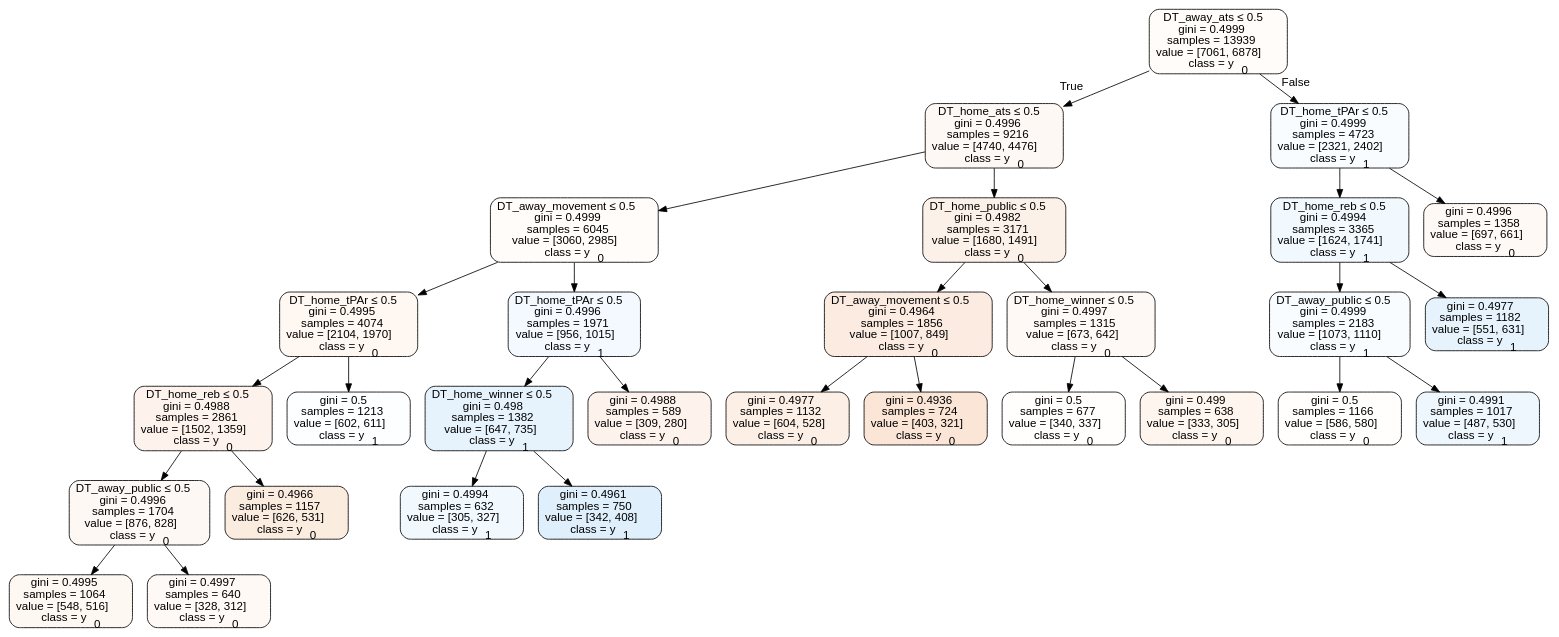
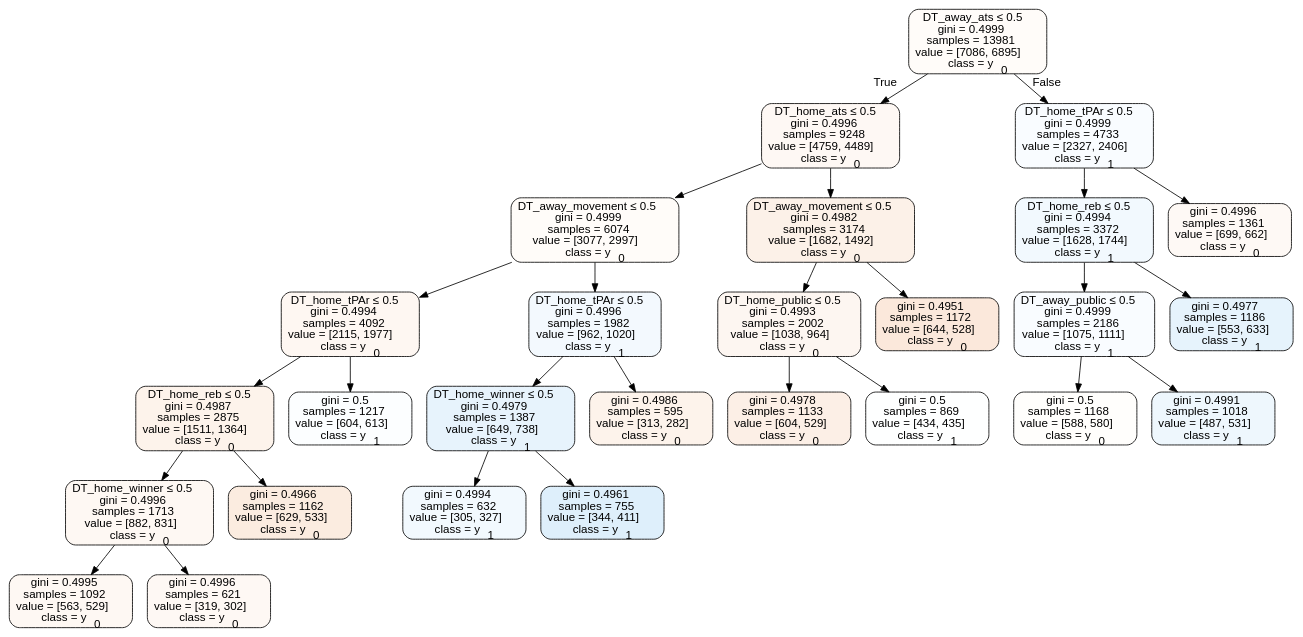
The diagram in tree_data/tree2015home.dot (usbogie/ncaa-bets), drawn with Graphviz before and after one commit. The commit also changed 20 other files, not shown here.

```diff
--- a/tree_data/tree2015home.dot
+++ b/tree_data/tree2015home.dot
@@ -1,61 +1,57 @@
 digraph Tree {
 node [shape=box, style="filled, rounded", color="black", fontname=helvetica] ;
 edge [fontname=helvetica] ;
-0 [label=<DT_away_ats &le; 0.5<br/>gini = 0.4999<br/>samples = 13939<br/>value = [7061, 6878]<br/>class = y<SUB>0</SUB>>, fillcolor="#e5813907"] ;
-1 [label=<DT_home_ats &le; 0.5<br/>gini = 0.4996<br/>samples = 9216<br/>value = [4740, 4476]<br/>class = y<SUB>0</SUB>>, fillcolor="#e581390e"] ;
+0 [label=<DT_away_ats &le; 0.5<br/>gini = 0.4999<br/>samples = 13981<br/>value = [7086, 6895]<br/>class = y<SUB>0</SUB>>, fillcolor="#e5813907"] ;
+1 [label=<DT_home_ats &le; 0.5<br/>gini = 0.4996<br/>samples = 9248<br/>value = [4759, 4489]<br/>class = y<SUB>0</SUB>>, fillcolor="#e581390e"] ;
 0 -> 1 [labeldistance=2.5, labelangle=45, headlabel="True"] ;
-2 [label=<DT_away_movement &le; 0.5<br/>gini = 0.4999<br/>samples = 6045<br/>value = [3060, 2985]<br/>class = y<SUB>0</SUB>>, fillcolor="#e5813906"] ;
+2 [label=<DT_away_movement &le; 0.5<br/>gini = 0.4999<br/>samples = 6074<br/>value = [3077, 2997]<br/>class = y<SUB>0</SUB>>, fillcolor="#e5813907"] ;
 1 -> 2 ;
-3 [label=<DT_home_tPAr &le; 0.5<br/>gini = 0.4995<br/>samples = 4074<br/>value = [2104, 1970]<br/>class = y<SUB>0</SUB>>, fillcolor="#e5813910"] ;
+3 [label=<DT_home_tPAr &le; 0.5<br/>gini = 0.4994<br/>samples = 4092<br/>value = [2115, 1977]<br/>class = y<SUB>0</SUB>>, fillcolor="#e5813911"] ;
 2 -> 3 ;
-4 [label=<DT_home_reb &le; 0.5<br/>gini = 0.4988<br/>samples = 2861<br/>value = [1502, 1359]<br/>class = y<SUB>0</SUB>>, fillcolor="#e5813918"] ;
+4 [label=<DT_home_reb &le; 0.5<br/>gini = 0.4987<br/>samples = 2875<br/>value = [1511, 1364]<br/>class = y<SUB>0</SUB>>, fillcolor="#e5813919"] ;
 3 -> 4 ;
-5 [label=<DT_away_public &le; 0.5<br/>gini = 0.4996<br/>samples = 1704<br/>value = [876, 828]<br/>class = y<SUB>0</SUB>>, fillcolor="#e581390e"] ;
+5 [label=<DT_home_winner &le; 0.5<br/>gini = 0.4996<br/>samples = 1713<br/>value = [882, 831]<br/>class = y<SUB>0</SUB>>, fillcolor="#e581390f"] ;
 4 -> 5 ;
-6 [label=<gini = 0.4995<br/>samples = 1064<br/>value = [548, 516]<br/>class = y<SUB>0</SUB>>, fillcolor="#e581390f"] ;
+6 [label=<gini = 0.4995<br/>samples = 1092<br/>value = [563, 529]<br/>class = y<SUB>0</SUB>>, fillcolor="#e581390f"] ;
 5 -> 6 ;
-7 [label=<gini = 0.4997<br/>samples = 640<br/>value = [328, 312]<br/>class = y<SUB>0</SUB>>, fillcolor="#e581390c"] ;
+7 [label=<gini = 0.4996<br/>samples = 621<br/>value = [319, 302]<br/>class = y<SUB>0</SUB>>, fillcolor="#e581390e"] ;
 5 -> 7 ;
-8 [label=<gini = 0.4966<br/>samples = 1157<br/>value = [626, 531]<br/>class = y<SUB>0</SUB>>, fillcolor="#e5813927"] ;
+8 [label=<gini = 0.4966<br/>samples = 1162<br/>value = [629, 533]<br/>class = y<SUB>0</SUB>>, fillcolor="#e5813927"] ;
 4 -> 8 ;
-9 [label=<gini = 0.5<br/>samples = 1213<br/>value = [602, 611]<br/>class = y<SUB>1</SUB>>, fillcolor="#399de504"] ;
+9 [label=<gini = 0.5<br/>samples = 1217<br/>value = [604, 613]<br/>class = y<SUB>1</SUB>>, fillcolor="#399de504"] ;
 3 -> 9 ;
-10 [label=<DT_home_tPAr &le; 0.5<br/>gini = 0.4996<br/>samples = 1971<br/>value = [956, 1015]<br/>class = y<SUB>1</SUB>>, fillcolor="#399de50f"] ;
+10 [label=<DT_home_tPAr &le; 0.5<br/>gini = 0.4996<br/>samples = 1982<br/>value = [962, 1020]<br/>class = y<SUB>1</SUB>>, fillcolor="#399de50f"] ;
 2 -> 10 ;
-11 [label=<DT_home_winner &le; 0.5<br/>gini = 0.498<br/>samples = 1382<br/>value = [647, 735]<br/>class = y<SUB>1</SUB>>, fillcolor="#399de51f"] ;
+11 [label=<DT_home_winner &le; 0.5<br/>gini = 0.4979<br/>samples = 1387<br/>value = [649, 738]<br/>class = y<SUB>1</SUB>>, fillcolor="#399de51f"] ;
 10 -> 11 ;
 12 [label=<gini = 0.4994<br/>samples = 632<br/>value = [305, 327]<br/>class = y<SUB>1</SUB>>, fillcolor="#399de511"] ;
 11 -> 12 ;
-13 [label=<gini = 0.4961<br/>samples = 750<br/>value = [342, 408]<br/>class = y<SUB>1</SUB>>, fillcolor="#399de529"] ;
+13 [label=<gini = 0.4961<br/>samples = 755<br/>value = [344, 411]<br/>class = y<SUB>1</SUB>>, fillcolor="#399de52a"] ;
 11 -> 13 ;
-14 [label=<gini = 0.4988<br/>samples = 589<br/>value = [309, 280]<br/>class = y<SUB>0</SUB>>, fillcolor="#e5813918"] ;
+14 [label=<gini = 0.4986<br/>samples = 595<br/>value = [313, 282]<br/>class = y<SUB>0</SUB>>, fillcolor="#e5813919"] ;
 10 -> 14 ;
-15 [label=<DT_home_public &le; 0.5<br/>gini = 0.4982<br/>samples = 3171<br/>value = [1680, 1491]<br/>class = y<SUB>0</SUB>>, fillcolor="#e581391d"] ;
+15 [label=<DT_away_movement &le; 0.5<br/>gini = 0.4982<br/>samples = 3174<br/>value = [1682, 1492]<br/>class = y<SUB>0</SUB>>, fillcolor="#e581391d"] ;
 1 -> 15 ;
-16 [label=<DT_away_movement &le; 0.5<br/>gini = 0.4964<br/>samples = 1856<br/>value = [1007, 849]<br/>class = y<SUB>0</SUB>>, fillcolor="#e5813928"] ;
+16 [label=<DT_home_public &le; 0.5<br/>gini = 0.4993<br/>samples = 2002<br/>value = [1038, 964]<br/>class = y<SUB>0</SUB>>, fillcolor="#e5813912"] ;
 15 -> 16 ;
-17 [label=<gini = 0.4977<br/>samples = 1132<br/>value = [604, 528]<br/>class = y<SUB>0</SUB>>, fillcolor="#e5813920"] ;
+17 [label=<gini = 0.4978<br/>samples = 1133<br/>value = [604, 529]<br/>class = y<SUB>0</SUB>>, fillcolor="#e5813920"] ;
 16 -> 17 ;
-18 [label=<gini = 0.4936<br/>samples = 724<br/>value = [403, 321]<br/>class = y<SUB>0</SUB>>, fillcolor="#e5813934"] ;
+18 [label=<gini = 0.5<br/>samples = 869<br/>value = [434, 435]<br/>class = y<SUB>1</SUB>>, fillcolor="#399de501"] ;
 16 -> 18 ;
-19 [label=<DT_home_winner &le; 0.5<br/>gini = 0.4997<br/>samples = 1315<br/>value = [673, 642]<br/>class = y<SUB>0</SUB>>, fillcolor="#e581390c"] ;
+19 [label=<gini = 0.4951<br/>samples = 1172<br/>value = [644, 528]<br/>class = y<SUB>0</SUB>>, fillcolor="#e581392e"] ;
 15 -> 19 ;
-20 [label=<gini = 0.5<br/>samples = 677<br/>value = [340, 337]<br/>class = y<SUB>0</SUB>>, fillcolor="#e5813902"] ;
-19 -> 20 ;
-21 [label=<gini = 0.499<br/>samples = 638<br/>value = [333, 305]<br/>class = y<SUB>0</SUB>>, fillcolor="#e5813915"] ;
-19 -> 21 ;
-22 [label=<DT_home_tPAr &le; 0.5<br/>gini = 0.4999<br/>samples = 4723<br/>value = [2321, 2402]<br/>class = y<SUB>1</SUB>>, fillcolor="#399de509"] ;
-0 -> 22 [labeldistance=2.5, labelangle=-45, headlabel="False"] ;
-23 [label=<DT_home_reb &le; 0.5<br/>gini = 0.4994<br/>samples = 3365<br/>value = [1624, 1741]<br/>class = y<SUB>1</SUB>>, fillcolor="#399de511"] ;
+20 [label=<DT_home_tPAr &le; 0.5<br/>gini = 0.4999<br/>samples = 4733<br/>value = [2327, 2406]<br/>class = y<SUB>1</SUB>>, fillcolor="#399de508"] ;
+0 -> 20 [labeldistance=2.5, labelangle=-45, headlabel="False"] ;
+21 [label=<DT_home_reb &le; 0.5<br/>gini = 0.4994<br/>samples = 3372<br/>value = [1628, 1744]<br/>class = y<SUB>1</SUB>>, fillcolor="#399de511"] ;
+20 -> 21 ;
+22 [label=<DT_away_public &le; 0.5<br/>gini = 0.4999<br/>samples = 2186<br/>value = [1075, 1111]<br/>class = y<SUB>1</SUB>>, fillcolor="#399de508"] ;
+21 -> 22 ;
+23 [label=<gini = 0.5<br/>samples = 1168<br/>value = [588, 580]<br/>class = y<SUB>0</SUB>>, fillcolor="#e5813903"] ;
 22 -> 23 ;
-24 [label=<DT_away_public &le; 0.5<br/>gini = 0.4999<br/>samples = 2183<br/>value = [1073, 1110]<br/>class = y<SUB>1</SUB>>, fillcolor="#399de508"] ;
-23 -> 24 ;
-25 [label=<gini = 0.5<br/>samples = 1166<br/>value = [586, 580]<br/>class = y<SUB>0</SUB>>, fillcolor="#e5813903"] ;
-24 -> 25 ;
-26 [label=<gini = 0.4991<br/>samples = 1017<br/>value = [487, 530]<br/>class = y<SUB>1</SUB>>, fillcolor="#399de515"] ;
-24 -> 26 ;
-27 [label=<gini = 0.4977<br/>samples = 1182<br/>value = [551, 631]<br/>class = y<SUB>1</SUB>>, fillcolor="#399de520"] ;
-23 -> 27 ;
-28 [label=<gini = 0.4996<br/>samples = 1358<br/>value = [697, 661]<br/>class = y<SUB>0</SUB>>, fillcolor="#e581390d"] ;
-22 -> 28 ;
+24 [label=<gini = 0.4991<br/>samples = 1018<br/>value = [487, 531]<br/>class = y<SUB>1</SUB>>, fillcolor="#399de515"] ;
+22 -> 24 ;
+25 [label=<gini = 0.4977<br/>samples = 1186<br/>value = [553, 633]<br/>class = y<SUB>1</SUB>>, fillcolor="#399de520"] ;
+21 -> 25 ;
+26 [label=<gini = 0.4996<br/>samples = 1361<br/>value = [699, 662]<br/>class = y<SUB>0</SUB>>, fillcolor="#e581390d"] ;
+20 -> 26 ;
 }
```
